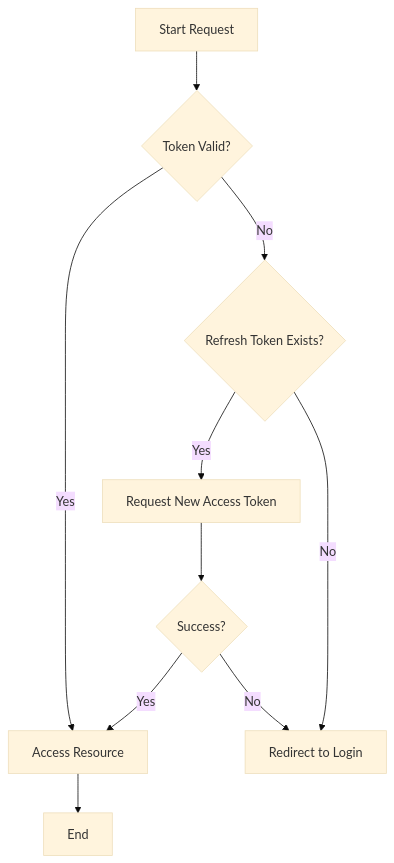
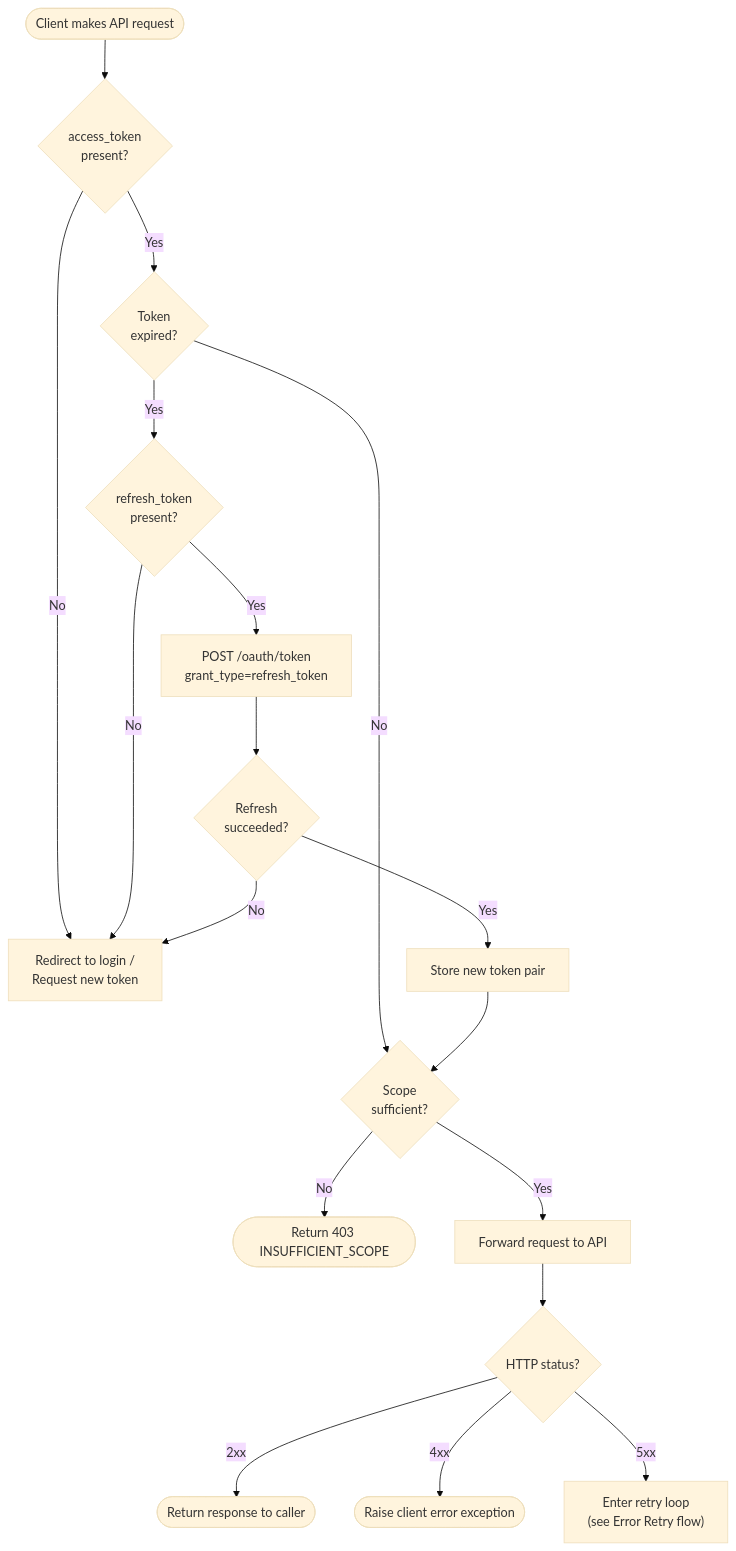
The first of 6 diagrams in source/diagrams/flowcharts.rst (SingingFoot/sphinx_docs), drawn with Mermaid (base theme) before and after one commit. The commit also changed other lines of this file and 12 other files, not shown here.

```diff
--- a/source/diagrams/flowcharts.rst
+++ b/source/diagrams/flowcharts.rst
@@ -13,12 +26,20 @@
 .. mermaid::
 
-   graph TD
-      A[Start Request] --> B{Token Valid?}
-      B -- Yes --> C[Access Resource]
-      B -- No --> D{Refresh Token Exists?}
-      D -- Yes --> E[Request New Access Token]
-      D -- No --> F[Redirect to Login]
-      E --> G{Success?}
-      G -- Yes --> C
-      G -- No --> F
-      C --> H[End]
+   flowchart TD
+     A(["Client makes API request"]) --> B{"access_token\npresent?"}
+     B -- No --> LOGIN["Redirect to login /\nRequest new token"]
+     B -- Yes --> C{"Token\nexpired?"}
+     C -- No --> D{"Scope\nsufficient?"}
+     C -- Yes --> E{"refresh_token\npresent?"}
+     E -- No --> LOGIN
+     E -- Yes --> F["POST /oauth/token\ngrant_type=refresh_token"]
+     F --> G{"Refresh\nsucceeded?"}
+     G -- No --> LOGIN
+     G -- Yes --> H["Store new token pair"]
+     H --> D
+     D -- No --> SCOPE_ERR(["Return 403 INSUFFICIENT_SCOPE"])
+     D -- Yes --> API["Forward request to API"]
+     API --> I{"HTTP status?"}
+     I -- 2xx --> SUCCESS(["Return response to caller"])
+     I -- 4xx --> CLIENT_ERR(["Raise client error exception"])
+     I -- 5xx --> RETRY["Enter retry loop\n(see Error Retry flow)"]
```
